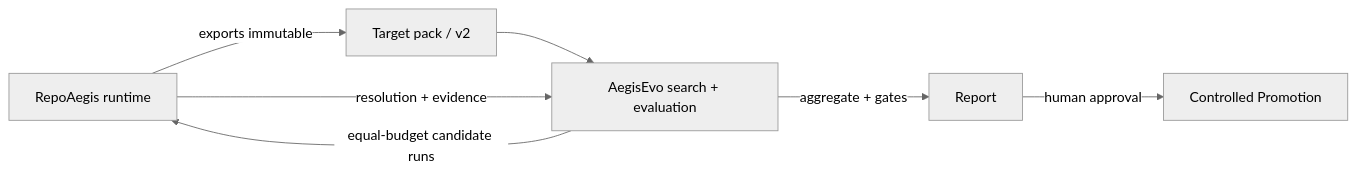
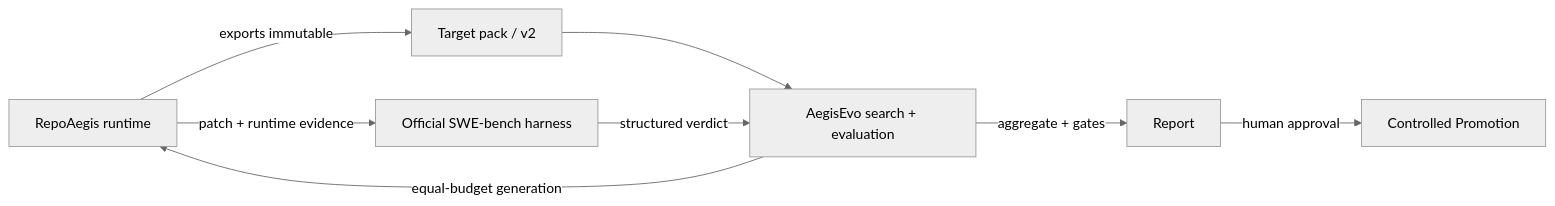
The second of 2 diagrams in README.md (ETOLucy/RepoAegis), drawn with Mermaid (neutral theme) before and after one commit. The commit also changed other lines of this file and 14 other files, not shown here.

````diff
--- a/README.md
+++ b/README.md
@@ -320,9 +319,10 @@
 ```mermaid
 flowchart LR
     RA[RepoAegis runtime] -->|exports immutable| TP[Target pack / v2]
     TP --> AE[AegisEvo search + evaluation]
-    AE -->|equal-budget candidate runs| RA
-    RA -->|resolution + evidence| AE
+    AE -->|equal-budget generation| RA
+    RA -->|patch + runtime evidence| Official[Official SWE-bench harness]
+    Official -->|structured verdict| AE
     AE -->|aggregate + gates| Report[Report]
     Report -->|human approval| Promotion[Controlled Promotion]
 ```
````
